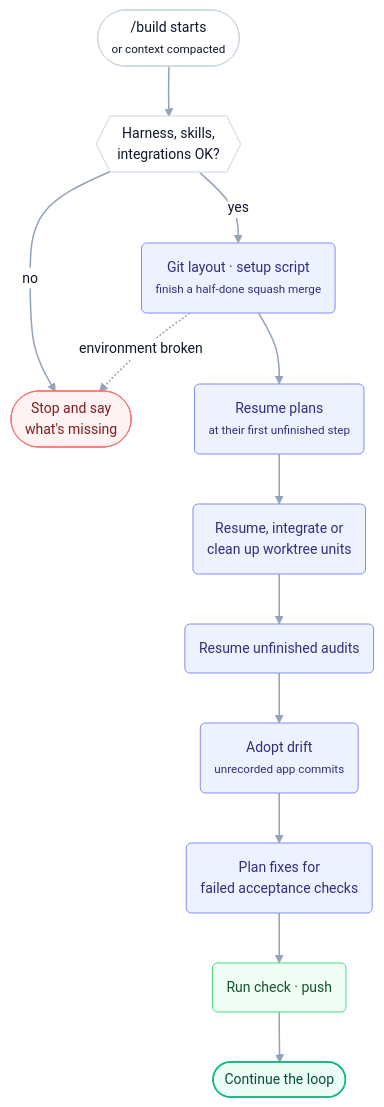
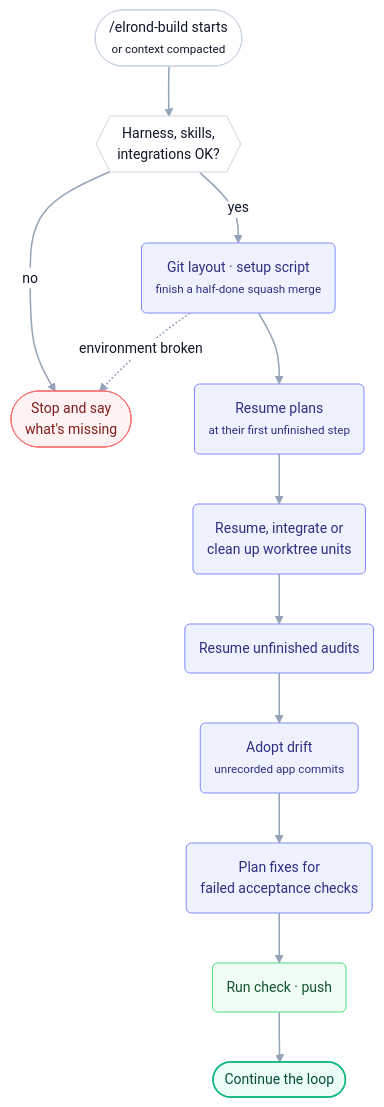
The sixth of 8 diagrams in elrond/README.md (llunde/lelstack), drawn with Mermaid before and after one commit. The commit also changed other lines of this file and 17 other files, not shown here.

````diff
--- a/elrond/README.md
+++ b/elrond/README.md
@@ -351,29 +351,29 @@
 ```mermaid
 %%{init: {"fontFamily": "-apple-system, BlinkMacSystemFont, Segoe UI, Helvetica, Arial, sans-serif", "theme": "base", "themeVariables": {"fontFamily": "-apple-system, BlinkMacSystemFont, Segoe UI, Helvetica, Arial, sans-serif", "fontSize": "14px", "primaryColor": "#FFFFFF", "primaryBorderColor": "#CBD5E1", "primaryTextColor": "#0F172A", "lineColor": "#94A3B8", "clusterBkg": "#F8FAFC", "clusterBorder": "#E2E8F0", "edgeLabelBackground": "#FFFFFF", "tertiaryColor": "#F8FAFC"}, "flowchart": {"curve": "basis", "padding": 14}}}%%
 flowchart TD
-    ST(["/build starts<br/><small>or context compacted</small>"]) --> H{{"Harness, skills,<br/>integrations OK?"}}
+    ST(["/elrond-build starts<br/><small>or context compacted</small>"]) --> H{{"Harness, skills,<br/>integrations OK?"}}
     H -->|no| STOP(["Stop and say<br/>what's missing"])
     H -->|yes| R1("Git layout · setup script<br/><small>finish a half-done squash merge</small>")
     R1 -.->|environment broken| STOP
     R1 --> R2("Resume plans<br/><small>at their first unfinished step</small>")
     R2 --> R3("Resume, integrate or<br/>clean up worktree units")
     R3 --> R4("Resume unfinished audits")
     R4 --> R5("Adopt drift<br/><small>unrecorded app commits</small>")
     R5 --> R6("Plan fixes for<br/>failed acceptance checks")
     R6 --> R7("Run check · push")
     R7 --> L(["Continue the loop"])
 
     classDef default fill:#FFFFFF,stroke:#CBD5E1,stroke-width:1px,color:#0F172A
     classDef you fill:#FFF7ED,stroke:#F97316,stroke-width:1.5px,color:#7C2D12
     classDef agent fill:#EEF2FF,stroke:#818CF8,stroke-width:1px,color:#312E81
     classDef check fill:#F0FDF4,stroke:#4ADE80,stroke-width:1px,color:#14532D
     classDef git fill:#FAF5FF,stroke:#C084FC,stroke-width:1px,color:#581C87
     classDef stop fill:#FEF2F2,stroke:#F87171,stroke-width:1px,color:#7F1D1D
     classDef done fill:#ECFDF5,stroke:#10B981,stroke-width:1.5px,color:#064E3B
     classDef lead fill:#312E81,stroke:#312E81,stroke-width:1px,color:#FFFFFF
     linkStyle default stroke-width:1.5px
     class R1,R2,R3,R4,R5,R6 agent
     class R7 check
     class STOP stop
     class L done
 ```
````
